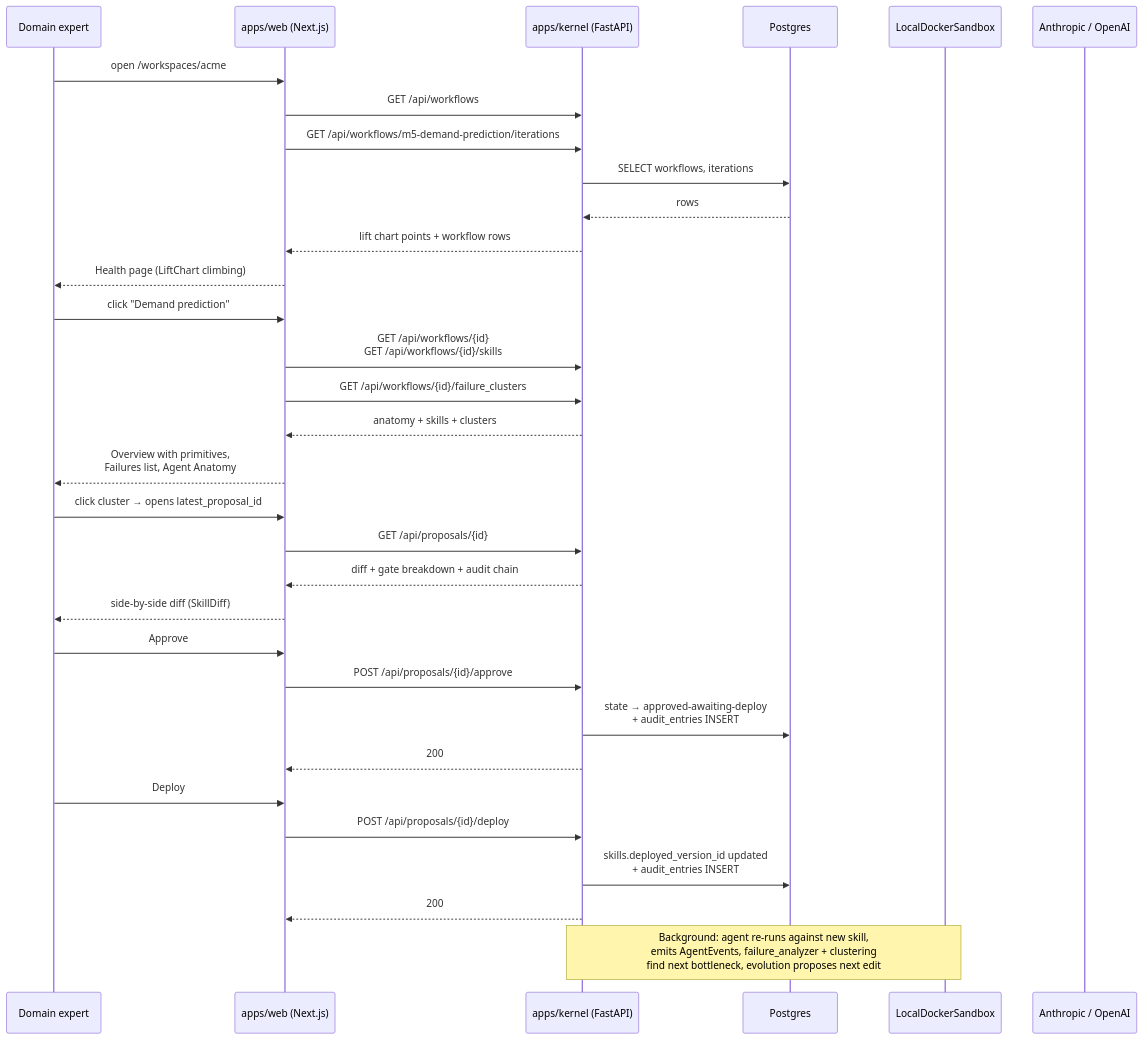
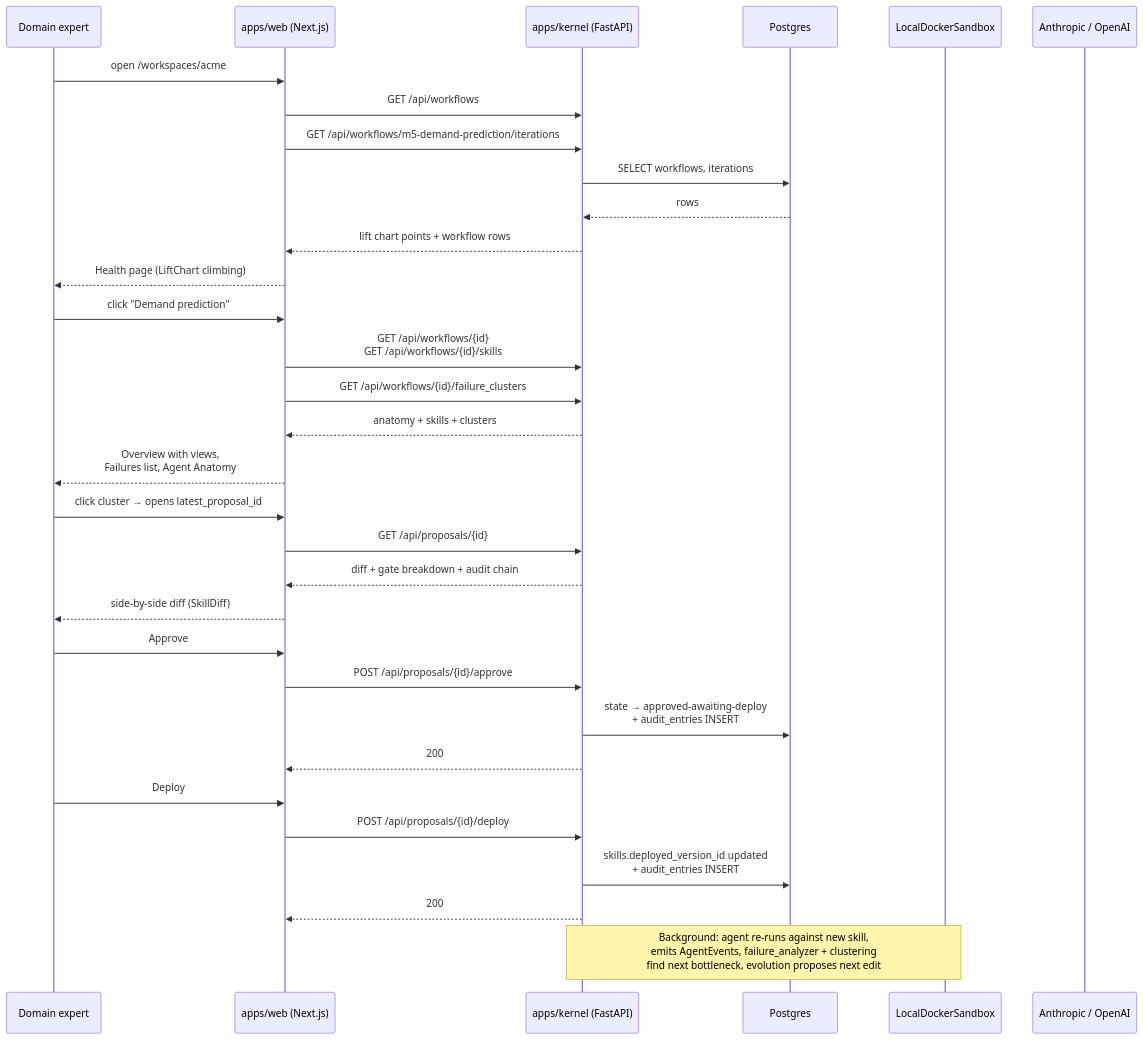
One commit to ownEvoAi/ownevo_app changed the fifth of 5 diagrams in docs/ARCHITECTURE.md. Above: the diagram before and after it, drawn with Mermaid. The commit also changed other lines of this file and 12 other files, not shown here.

````diff
--- a/docs/ARCHITECTURE.md
+++ b/docs/ARCHITECTURE.md
@@ -129,39 +129,39 @@
 ```mermaid
 sequenceDiagram
   participant Op as Domain expert
   participant Web as apps/web (Next.js)
   participant K as apps/kernel (FastAPI)
   participant DB as Postgres
   participant SB as LocalDockerSandbox
   participant LLM as Anthropic / OpenAI
 
   Op->>Web: open /workspaces/acme
   Web->>K: GET /api/workflows
   Web->>K: GET /api/workflows/m5-demand-prediction/iterations
   K->>DB: SELECT workflows, iterations
   DB-->>K: rows
   K-->>Web: lift chart points + workflow rows
   Web-->>Op: Health page (LiftChart climbing)
 
   Op->>Web: click "Demand prediction"
   Web->>K: GET /api/workflows/{id}<br/>GET /api/workflows/{id}/skills
   Web->>K: GET /api/workflows/{id}/failure_clusters
   K-->>Web: anatomy + skills + clusters
-  Web-->>Op: Overview with primitives,<br/>Failures list, Agent Anatomy
+  Web-->>Op: Overview with views,<br/>Failures list, Agent Anatomy
 
   Op->>Web: click cluster → opens latest_proposal_id
   Web->>K: GET /api/proposals/{id}
   K-->>Web: diff + gate breakdown + audit chain
   Web-->>Op: side-by-side diff (SkillDiff)
 
   Op->>Web: Approve
   Web->>K: POST /api/proposals/{id}/approve
   K->>DB: state → approved-awaiting-deploy<br/>+ audit_entries INSERT
   K-->>Web: 200
   Op->>Web: Deploy
   Web->>K: POST /api/proposals/{id}/deploy
   K->>DB: skills.deployed_version_id updated<br/>+ audit_entries INSERT
   K-->>Web: 200
 
   Note over K,SB: Background: agent re-runs against new skill,<br/>emits AgentEvents, failure_analyzer + clustering<br/>find next bottleneck, evolution proposes next edit
 ```
````
